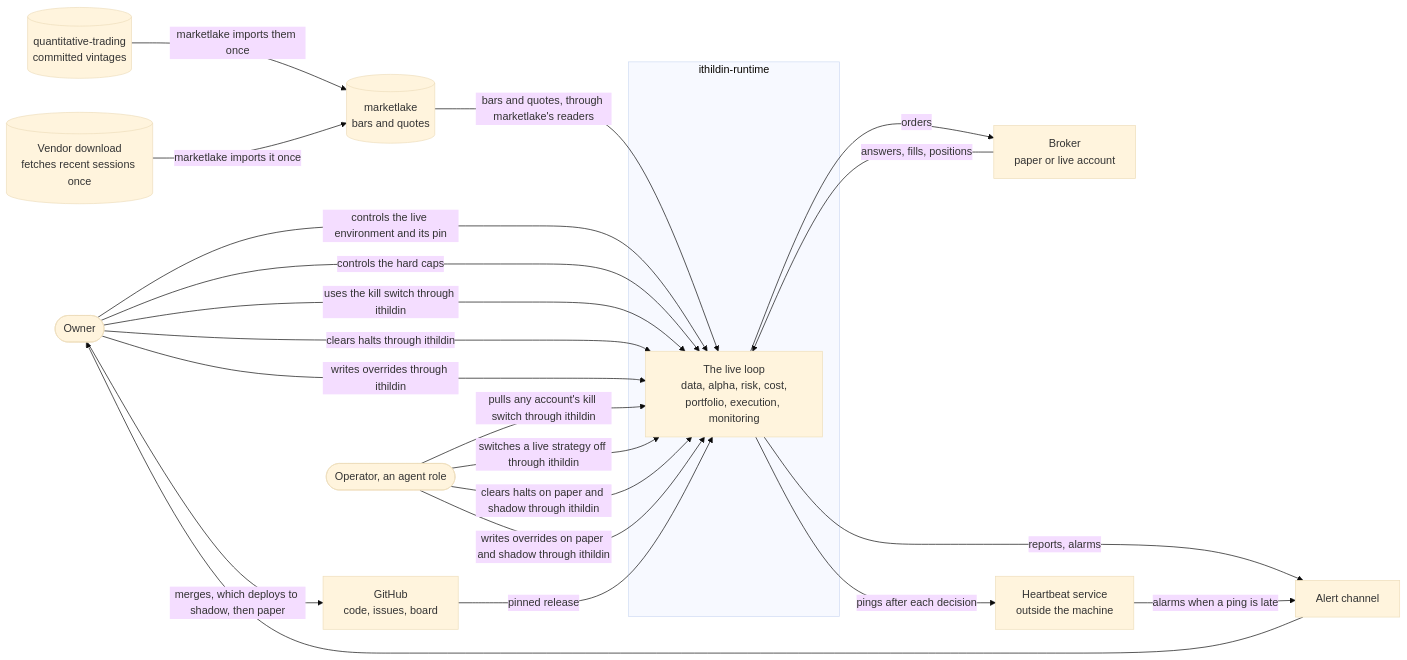
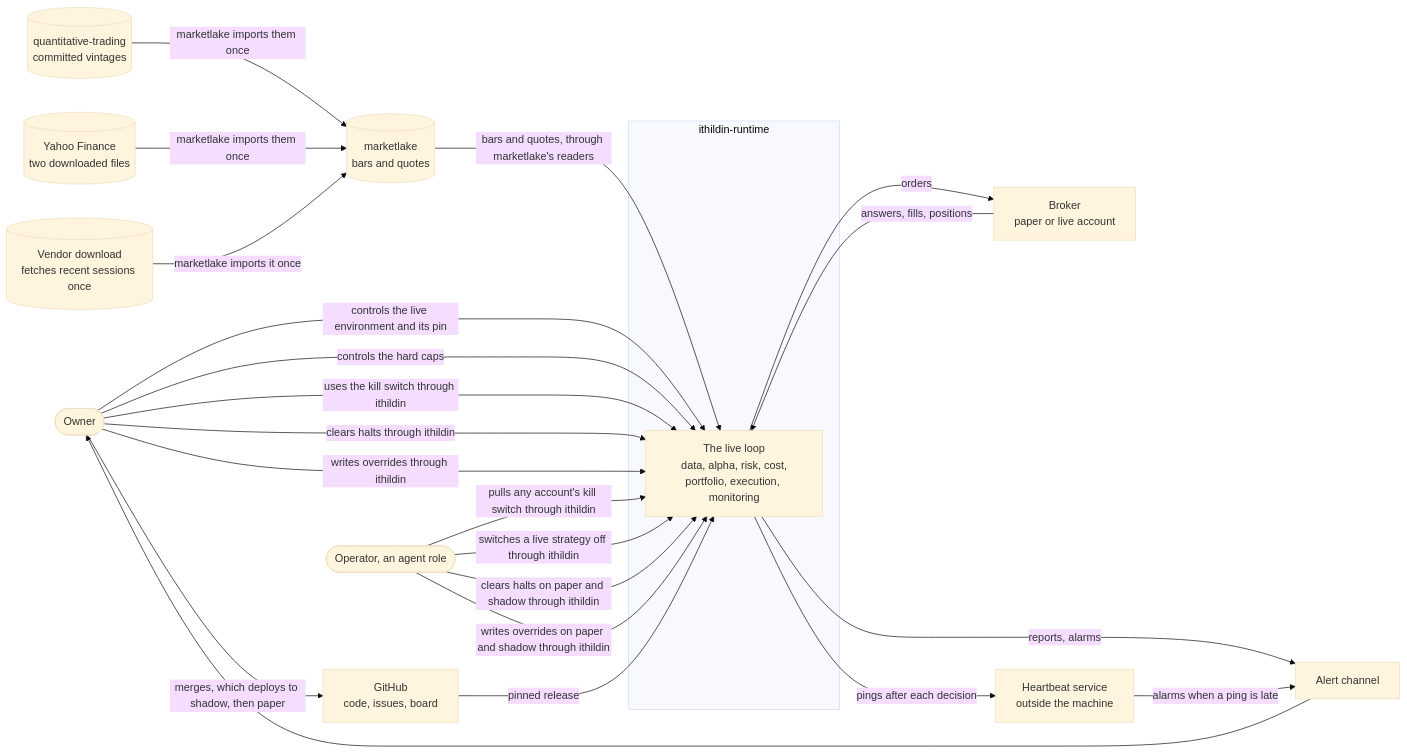
The first of 5 diagrams in docs/architecture/03-context-and-scope.md (l3a0/ithildin-runtime), drawn with Mermaid (base theme) before and after one commit. The commit also changed other lines of this file and 8 other files, not shown here.

````diff
--- a/docs/architecture/03-context-and-scope.md
+++ b/docs/architecture/03-context-and-scope.md
@@ -22,36 +22,38 @@
 ```mermaid
 flowchart LR
     owner(["Owner"])
     operator(["Operator, an agent role"])
     subgraph platform["ithildin-runtime"]
         loop["The live loop<br/>data, alpha, risk, cost,<br/>portfolio, execution, monitoring"]
     end
     qt[("quantitative-trading<br/>committed vintages")]
+    yahoo[("Yahoo Finance<br/>two downloaded files")]
     vendor[("Vendor download<br/>fetches recent sessions once")]
     lake[("marketlake<br/>bars and quotes")]
     broker["Broker<br/>paper or live account"]
     alerts["Alert channel"]
     heartbeat["Heartbeat service<br/>outside the machine"]
     github["GitHub<br/>code, issues, board"]
 
     qt -->|"marketlake imports them once"| lake
+    yahoo -->|"marketlake imports them once"| lake
     vendor -->|"marketlake imports it once"| lake
     lake -->|"bars and quotes, through marketlake's readers"| loop
     loop -->|"orders"| broker
     broker -->|"answers, fills, positions"| loop
     loop -->|"reports, alarms"| alerts
     loop -->|"pings after each decision"| heartbeat
     heartbeat -->|"alarms when a ping is late"| alerts
     alerts --> owner
     owner -->|"controls the live environment and its pin"| loop
     owner -->|"controls the hard caps"| loop
     owner -->|"uses the kill switch through ithildin"| loop
     owner -->|"clears halts through ithildin"| loop
     owner -->|"writes overrides through ithildin"| loop
     operator -->|"pulls any account's kill switch through ithildin"| loop
     operator -->|"switches a live strategy off through ithildin"| loop
     operator -->|"clears halts on paper and shadow through ithildin"| loop
     operator -->|"writes overrides on paper and shadow through ithildin"| loop
     owner -->|"merges, which deploys to shadow, then paper"| github
     github -->|"pinned release"| loop
 ```
````
